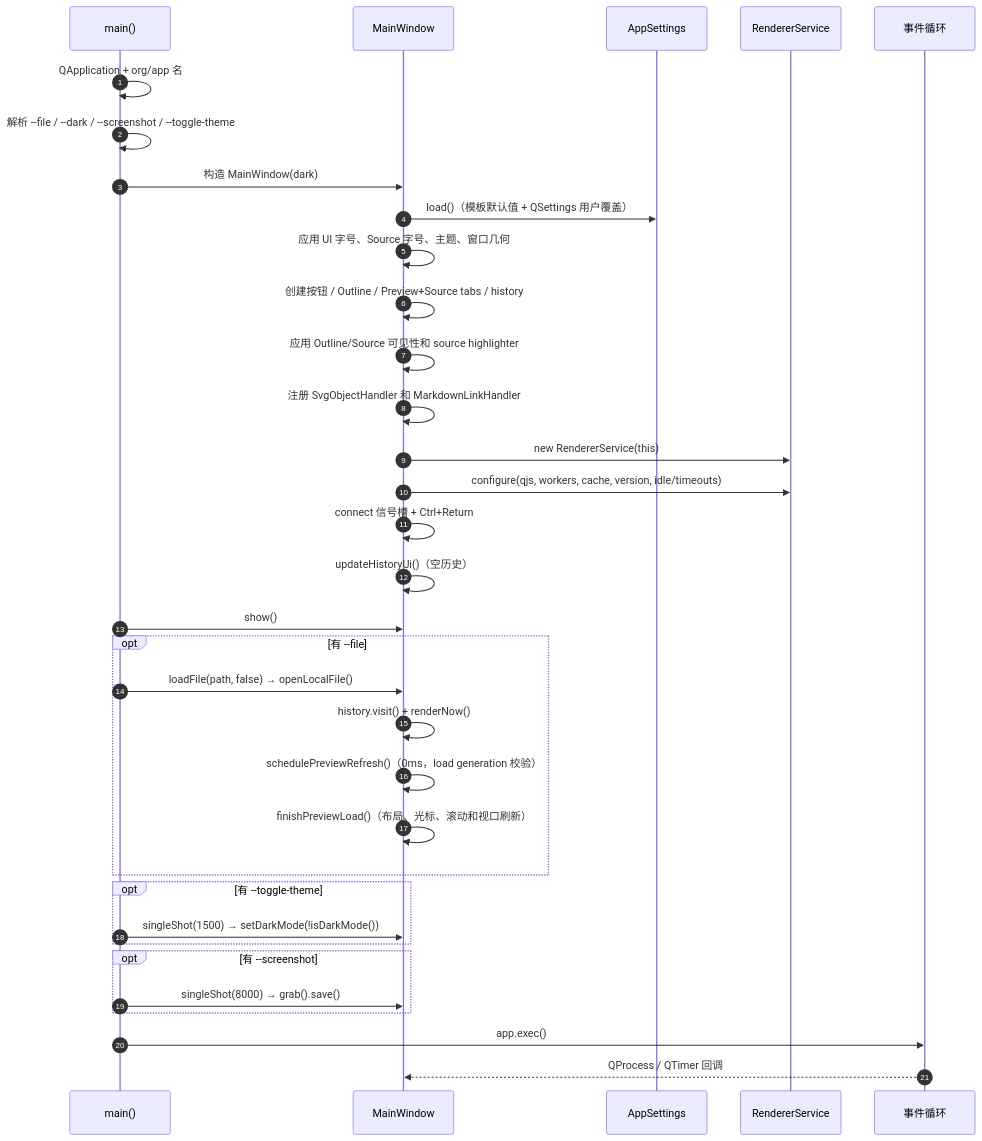
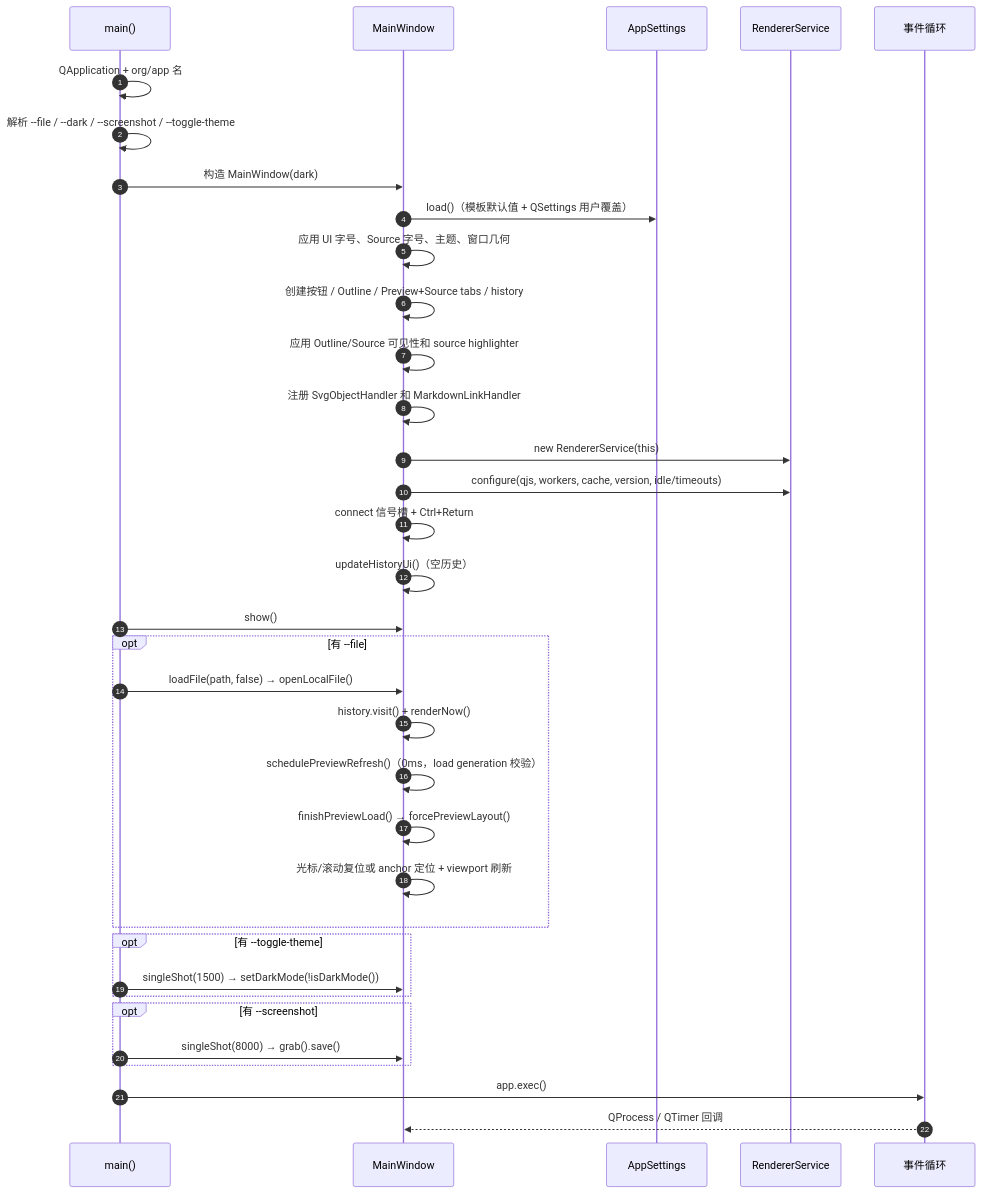
The first of 12 diagrams in docs/FLOW.md (iLogIng/qt-rich-text-renderer), drawn with Mermaid before and after one commit. The commit also changed other lines of this file and 4 other files, not shown here.

First line of the commit message:
docs: describe the unified load and layout-finalization flow

````diff
--- a/docs/FLOW.md
+++ b/docs/FLOW.md
@@ -11,37 +11,38 @@
 ```mermaid
 sequenceDiagram
     autonumber
     participant M as main()
     participant W as MainWindow
     participant A as AppSettings
     participant S as RendererService
     participant E as 事件循环
 
     M->>M: QApplication + org/app 名
     M->>M: 解析 --file / --dark / --screenshot / --toggle-theme
     M->>W: 构造 MainWindow(dark)
     W->>A: load()（模板默认值 + QSettings 用户覆盖）
     W->>W: 应用 UI 字号、Source 字号、主题、窗口几何
     W->>W: 创建按钮 / Outline / Preview+Source tabs / history
     W->>W: 应用 Outline/Source 可见性和 source highlighter
     W->>W: 注册 SvgObjectHandler 和 MarkdownLinkHandler
     W->>S: new RendererService(this)
     W->>S: configure(qjs, workers, cache, version, idle/timeouts)
     W->>W: connect 信号槽 + Ctrl+Return
     W->>W: updateHistoryUi()（空历史）
     M->>W: show()
     opt 有 --file
         M->>W: loadFile(path, false) → openLocalFile()
         W->>W: history.visit() + renderNow()
         W->>W: schedulePreviewRefresh()（0ms，load generation 校验）
-        W->>W: finishPreviewLoad()（布局、光标、滚动和视口刷新）
+        W->>W: finishPreviewLoad() → forcePreviewLayout()
+        W->>W: 光标/滚动复位或 anchor 定位 + viewport 刷新
     end
     opt 有 --toggle-theme
         M->>W: singleShot(1500) → setDarkMode(!isDarkMode())
     end
     opt 有 --screenshot
         M->>W: singleShot(8000) → grab().save()
     end
     M->>E: app.exec()
     E-->>W: QProcess / QTimer 回调
 ```
````
